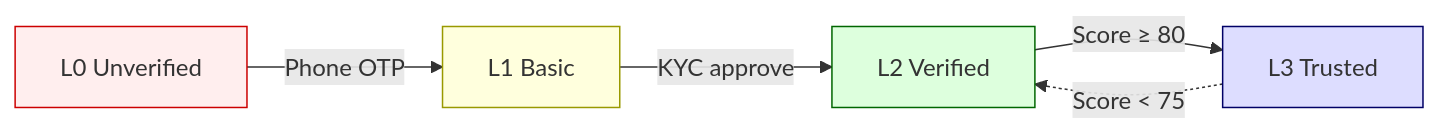
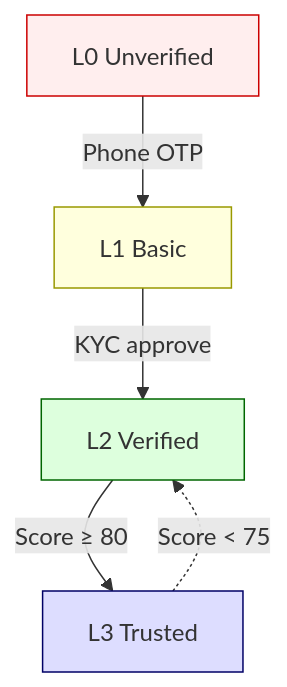
The second of 2 diagrams in THESIS_CONTENT_CH3_PART1.md (SakdaRt/Careconnect), drawn with Mermaid before and after one commit. The commit also changed 2 other files, not shown here.

Commit message:
docs(thesis): ปรับ Mermaid diagrams ให้พอดี A4 (เปลี่ยนเป็นแนวตั้งและจัดบรรทัด)

````diff
--- a/THESIS_CONTENT_CH3_PART1.md
+++ b/THESIS_CONTENT_CH3_PART1.md
@@ -167,11 +167,11 @@
 ```mermaid
-graph LR
+graph TD
     L0["L0 Unverified"] -->|"Phone OTP"| L1["L1 Basic"]
     L1 -->|"KYC approve"| L2["L2 Verified"]
     L2 -->|"Score ≥ 80"| L3["L3 Trusted"]
     L3 -.->|"Score < 75"| L2
     style L0 fill:#fee,stroke:#c00
     style L1 fill:#ffd,stroke:#990
     style L2 fill:#dfd,stroke:#060
     style L3 fill:#ddf,stroke:#006
 ```
````
